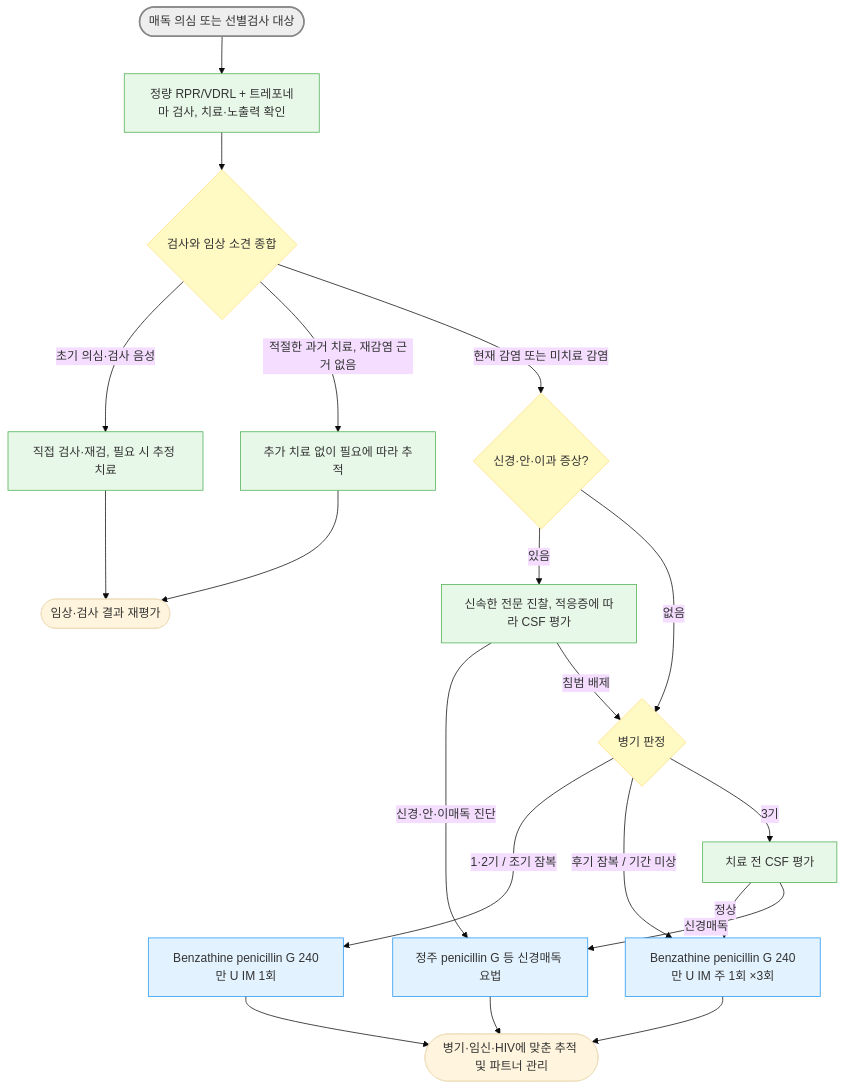
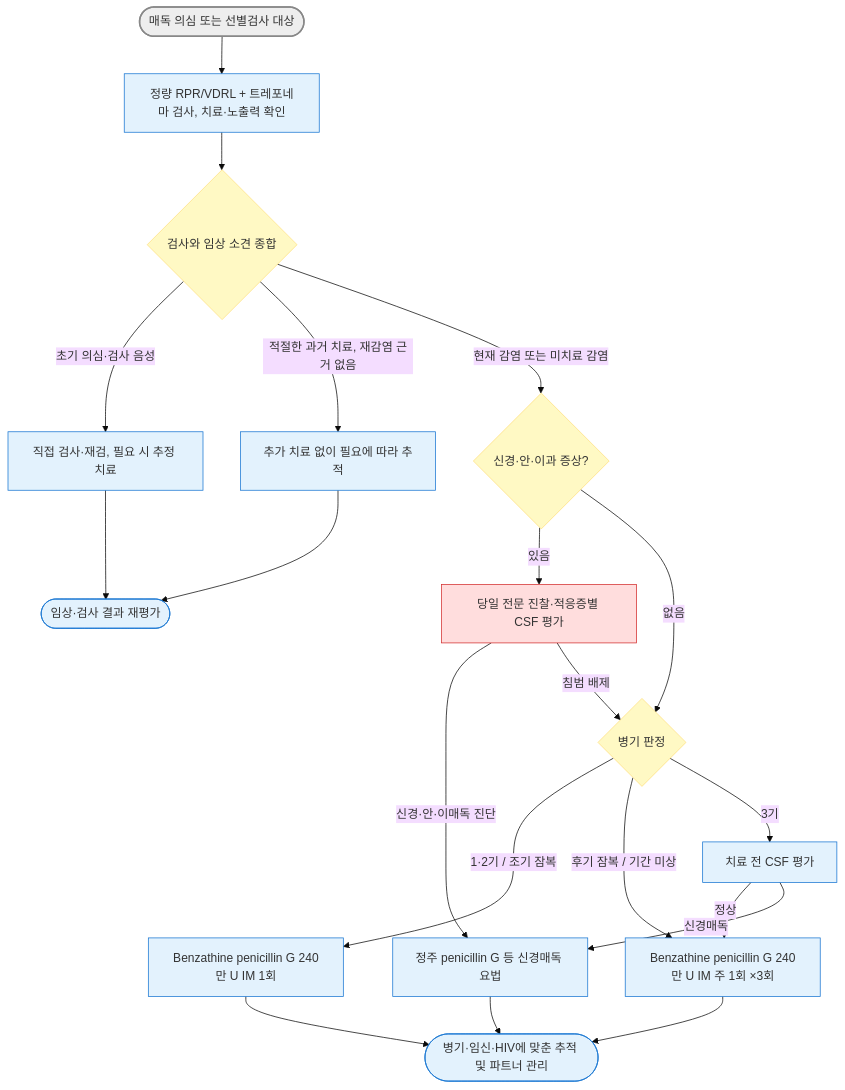
Before and after one commit to familyoh77/familyoh77: the diagram in 227_/115_-3.syphilis.md, drawn with Mermaid (base theme). The commit also changed other lines of this file and 10 other files, not shown here.

````diff
--- a/227_/115_-3.syphilis.md
+++ b/227_/115_-3.syphilis.md
@@ -167,30 +167,32 @@
 ```mermaid
 graph TD
     A(["매독 의심 또는 선별검사 대상"]) --> B["정량 RPR/VDRL + 트레포네마 검사, 치료·노출력 확인"]
     B --> C{"검사와 임상 소견 종합"}
-    C -->|"초기 의심·검사 음성"| D["직접 검사·재검, 필요 시 추정 치료"]
-    C -->|"적절한 과거 치료, 재감염 근거 없음"| E["추가 치료 없이 필요에 따라 추적"]
-    C -->|"현재 감염 또는 미치료 감염"| N{"신경·안·이과 증상?"}
-    N -->|"있음"| I["신속한 전문 진찰, 적응증에 따라 CSF 평가"]
-    I -->|"신경·안·이매독 진단"| J["정주 penicillin G 등 신경매독 요법"]
-    I -->|"침범 배제"| F{"병기 판정"}
-    N -->|"없음"| F
-    F -->|"1·2기 / 조기 잠복"| G["Benzathine penicillin G 240만 U IM 1회"]
-    F -->|"후기 잠복 / 기간 미상"| H["Benzathine penicillin G 240만 U IM 주 1회 ×3회"]
-    F -->|"3기"| T["치료 전 CSF 평가"]
-    T -->|"정상"| H
-    T -->|"신경매독"| J
+    C -- "초기 의심·검사 음성" --> D["직접 검사·재검, 필요 시 추정 치료"]
+    C -- "적절한 과거 치료, 재감염 근거 없음" --> E["추가 치료 없이 필요에 따라 추적"]
+    C -- "현재 감염 또는 미치료 감염" --> N{"신경·안·이과 증상?"}
+    N -- "있음" --> I["당일 전문 진찰·적응증별 CSF 평가"]
+    I -- "신경·안·이매독 진단" --> J["정주 penicillin G 등 신경매독 요법"]
+    I -- "침범 배제" --> F{"병기 판정"}
+    N -- "없음" --> F
+    F -- "1·2기 / 조기 잠복" --> G["Benzathine penicillin G 240만 U IM 1회"]
+    F -- "후기 잠복 / 기간 미상" --> H["Benzathine penicillin G 240만 U IM 주 1회 ×3회"]
+    F -- "3기" --> T["치료 전 CSF 평가"]
+    T -- "정상" --> H
+    T -- "신경매독" --> J
     G --> O(["병기·임신·HIV에 맞춘 추적 및 파트너 관리"])
     H --> O
     J --> O
     D --> P(["임상·검사 결과 재평가"])
     E --> P
 
-style A fill:#eeeeee,stroke:#888888,stroke-width:2px
 classDef yellow fill:#fff9c4,stroke:#ffe082
 class C,N,F yellow
-classDef sky fill:#e3f2ff,stroke:#2196f3
+classDef sky fill:#e3f2fd,stroke:#1976d2
 class G,H,J sky
-classDef lightGreen fill:#e8f8e8,stroke:#4caf50
-class B,D,E,I,T lightGreen
+classDef lightGreen fill:#e3f2fd,stroke:#1976d2
+class B,D,E,T,O,P lightGreen
+classDef danger fill:#ffdddd,stroke:#d32f2f
+class I danger
+    style A fill:#eeeeee,stroke:#888888,stroke-width:2px
 ```
````
